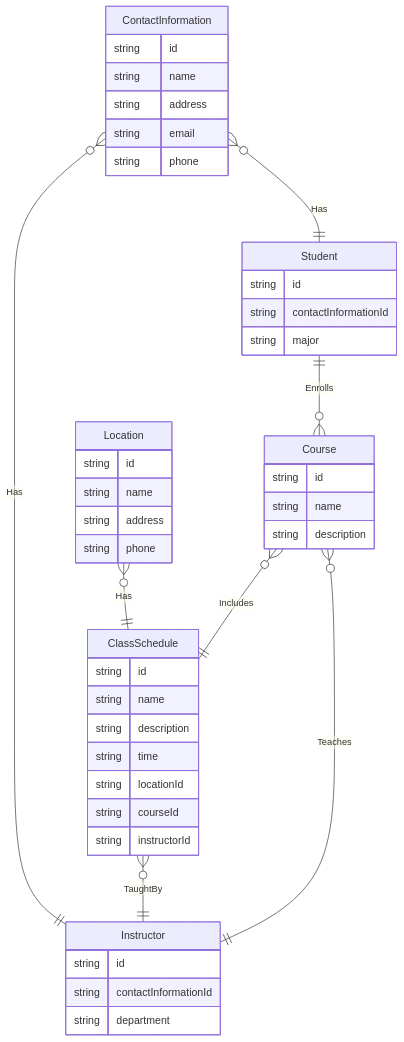
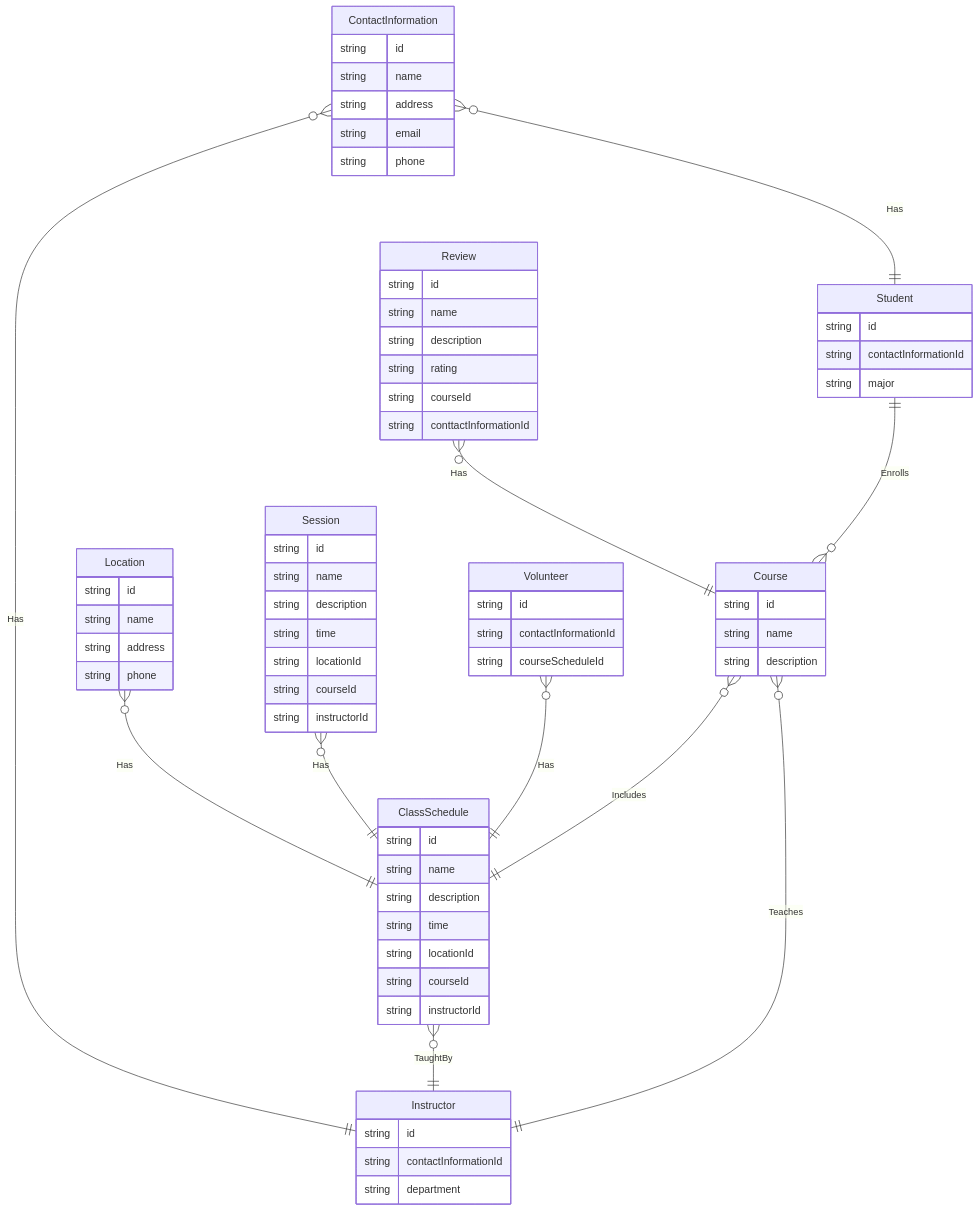
The diagram in README.md (icozma/Scheduling-Classes), drawn with Mermaid before and after one commit.

Commit message:
add entities

````diff
--- a/README.md
+++ b/README.md
@@ -8,50 +8,79 @@
 ```mermaid
 erDiagram
     Student ||--o{ Course : Enrolls
     Student {
         string id
         string contactInformationId
         string major
     }
     Course }o--|| ClassSchedule : Includes
     Course {
         string id
         string name
         string description
     }
     ClassSchedule }o--|| Instructor : TaughtBy
     ClassSchedule {
         string id
         string name
         string description
         string time
         string locationId
         string courseId
         string instructorId
     }
     
     Instructor ||--o{ Course : Teaches
     Instructor {
         string id
         string contactInformationId
         string department
     }
 
     ContactInformation }o--|| Instructor : Has
     ContactInformation }o--|| Student : Has
     ContactInformation {
         string id
         string name
         string address
         string email
         string phone
     }
 
     Location }o--|| ClassSchedule : Has
     Location {
         string id
         string name
         string address
         string phone
     }
+
+    Session }o--|| ClassSchedule : Has
+    Session {
+        string id
+        string name
+        string description
+        string time
+        string locationId
+        string courseId
+        string instructorId
+    }
+
+    Volunteer }o--|| ClassSchedule : Has
+    Volunteer {
+        string id
+        string contactInformationId
+        string courseScheduleId
+    }
+
+    Review }o--|| Course : Has
+    Review {
+        string id
+        string name
+        string description
+        string rating
+        string courseId
+        string conttactInformationId
+    }
+
 ```
````
